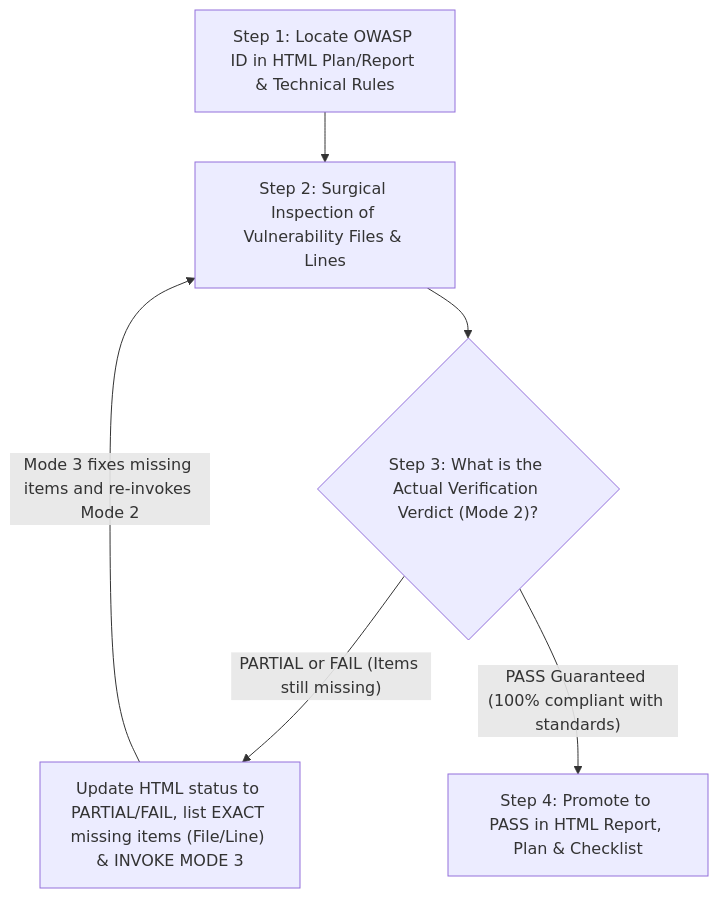
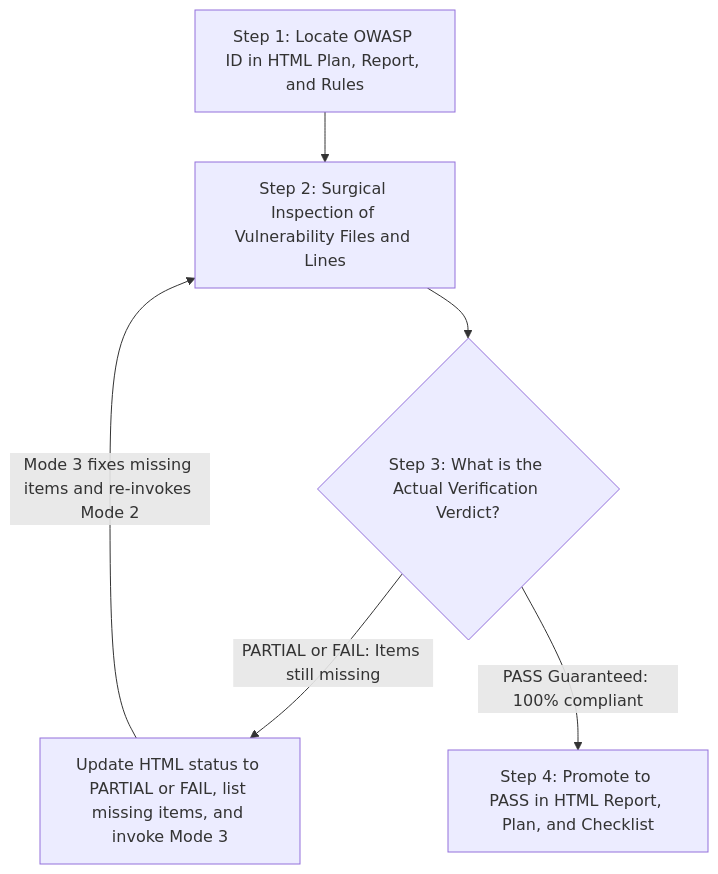
The third of 4 diagrams in .agents/skills/owasp-iot-auditor/SKILL.md (BrunoReiff/embed-sec-auditor), drawn with Mermaid before and after one commit. The commit also changed other lines of this file and 4 other files, not shown here.

Commit message:
fix(docs): resolve GitHub Mermaid syntax error across README and SKILL.md

````diff
--- a/.agents/skills/owasp-iot-auditor/SKILL.md
+++ b/.agents/skills/owasp-iot-auditor/SKILL.md
@@ -238,8 +238,8 @@
 ```mermaid
 flowchart TD
-    R1["Step 1: Locate OWASP ID in HTML Plan/Report & Technical Rules"] --> R2["Step 2: Surgical Inspection of Vulnerability Files & Lines"]
-    R2 --> R3{"Step 3: What is the Actual Verification Verdict (Mode 2)?"}
-    R3 -->|"PARTIAL or FAIL (Items still missing)"| R_LOOP["Update HTML status to PARTIAL/FAIL, list EXACT missing items (File/Line) & INVOKE MODE 3"]
-    R_LOOP -->|"Mode 3 fixes missing items and re-invokes Mode 2"| R2
-    R3 -->|"PASS Guaranteed (100% compliant with standards)"| R4["Step 4: Promote to PASS in HTML Report, Plan & Checklist"]
+    R1["Step 1: Locate OWASP ID in HTML Plan, Report, and Rules"] --> R2["Step 2: Surgical Inspection of Vulnerability Files and Lines"]
+    R2 --> R3{"Step 3: What is the Actual Verification Verdict?"}
+    R3 -->|PARTIAL or FAIL: Items still missing| R_LOOP["Update HTML status to PARTIAL or FAIL, list missing items, and invoke Mode 3"]
+    R_LOOP -->|Mode 3 fixes missing items and re-invokes Mode 2| R2
+    R3 -->|PASS Guaranteed: 100% compliant| R4["Step 4: Promote to PASS in HTML Report, Plan, and Checklist"]
 ```
````
